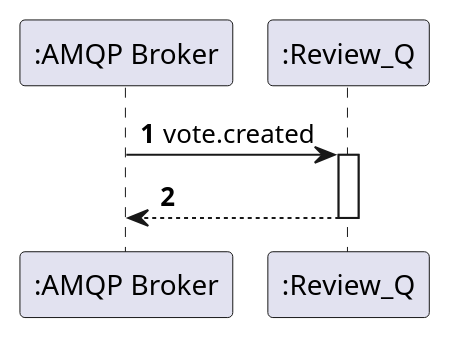
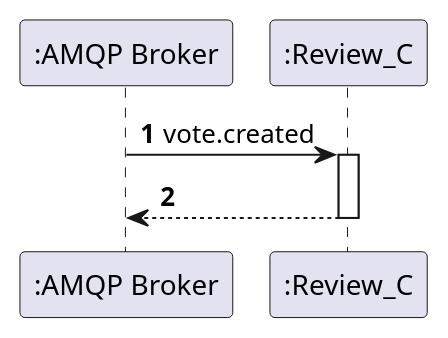
Before and after one commit to 1201441BrunoPereira/Trabalho2Reviews: the diagram in Review1_C/Documentação/Nivel 2/VoteOnReview.puml, drawn with PlantUML. The commit also changed 8 other files, not shown here.

Commit message:
Atualização Diagramas

```diff
--- a/Review1_C/Documentação/Nivel 2/VoteOnReview.puml
+++ b/Review1_C/Documentação/Nivel 2/VoteOnReview.puml
@@ -1,12 +1,12 @@
 @startuml
 'https://plantuml.com/sequence-diagram
 
 autoactivate on
 autonumber
 
 participant ":AMQP Broker" as bro
-participant ":Review_Q" as rev1
+participant ":Review_C" as rev1
 
 bro -> rev1: vote.created
 rev1 --> bro:
 @enduml
```
